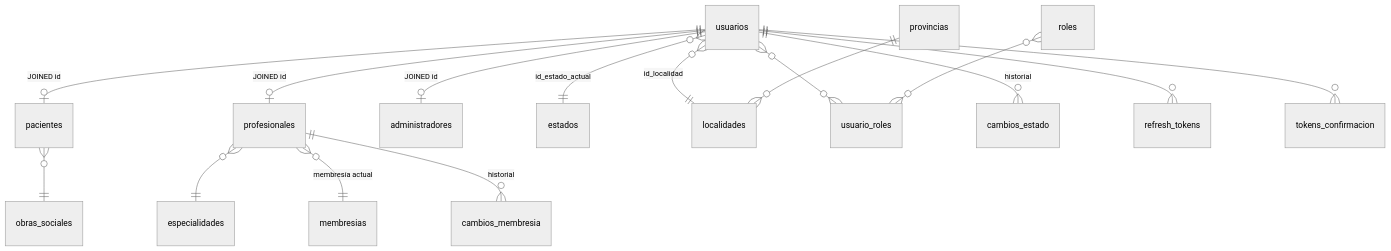
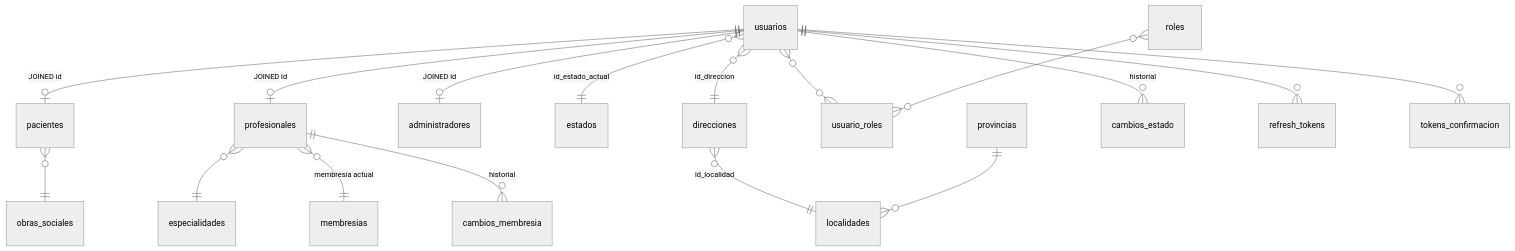
Before and after one commit to Taboada-Ignacio/sistema-historial-turnos-clinica: the diagram in docs/ENTIDADES.md, drawn with Mermaid (neutral theme). The commit also changed other lines of this file and 67 other files, not shown here.

Commit message:
geo Argentina, direcciones compartidas y autocomplete provincia/localidad en registro y admin

````diff
--- a/docs/ENTIDADES.md
+++ b/docs/ENTIDADES.md
@@ -21,18 +21,19 @@
 ```mermaid
 erDiagram
     usuarios ||--o| pacientes : "JOINED id"
     usuarios ||--o| profesionales : "JOINED id"
     usuarios ||--o| administradores : "JOINED id"
     usuarios }o--|| estados : "id_estado_actual"
-    usuarios }o--|| localidades : "id_localidad"
+    usuarios }o--|| direcciones : "id_direccion"
+    direcciones }o--|| localidades : "id_localidad"
     usuarios }o--o{ usuario_roles : ""
     roles }o--o{ usuario_roles : ""
     provincias ||--o{ localidades : ""
     pacientes }o--|| obras_sociales : ""
     profesionales }o--|| especialidades : ""
     profesionales }o--|| membresias : "membresía actual"
     profesionales ||--o{ cambios_membresia : historial
     usuarios ||--o{ cambios_estado : historial
     usuarios ||--o{ refresh_tokens : ""
     usuarios ||--o{ tokens_confirmacion : ""
 ```
````
